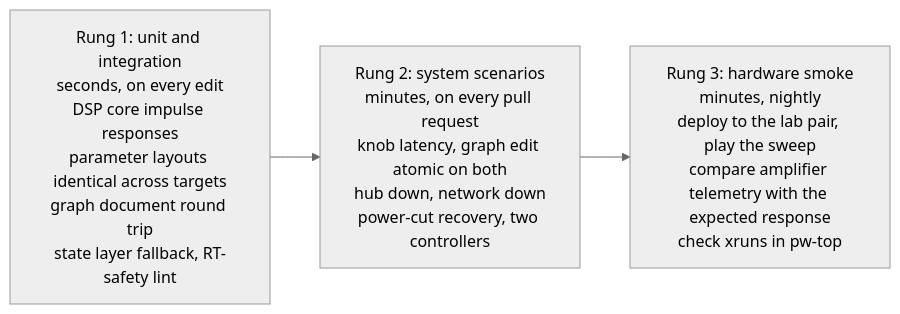
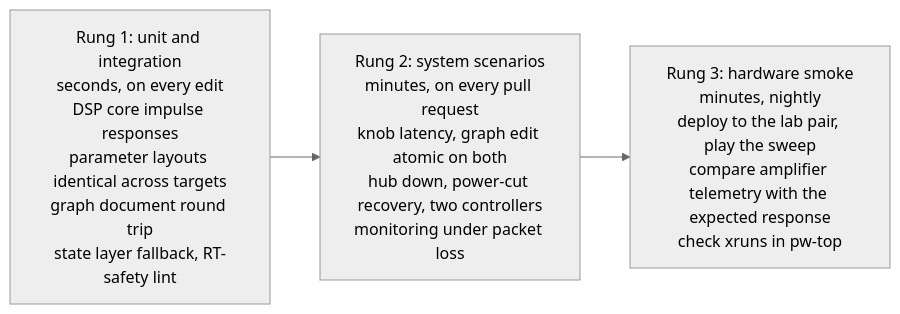
Before and after one commit to AMuszkat/bpi_amp_platform: the fifth of 6 diagrams in docs/autonomous-development.md, drawn with Mermaid (neutral theme). The commit also changed other lines of this file and 1 other file, not shown here.

First line of the commit message:
Add monitoring from the speakers to the controller

````diff
--- a/docs/autonomous-development.md
+++ b/docs/autonomous-development.md
@@ -158,7 +164,7 @@
 ```mermaid
 flowchart LR
     unit["Rung 1: unit and integration<br/>seconds, on every edit<br/>DSP core impulse responses<br/>parameter layouts identical across targets<br/>graph document round trip<br/>state layer fallback, RT-safety lint"]
-    sys["Rung 2: system scenarios<br/>minutes, on every pull request<br/>knob latency, graph edit atomic on both<br/>hub down, network down<br/>power-cut recovery, two controllers"]
+    sys["Rung 2: system scenarios<br/>minutes, on every pull request<br/>knob latency, graph edit atomic on both<br/>hub down, power-cut recovery, two controllers<br/>monitoring under packet loss"]
     hw["Rung 3: hardware smoke<br/>minutes, nightly<br/>deploy to the lab pair, play the sweep<br/>compare amplifier telemetry with the expected response<br/>check xruns in pw-top"]
     unit --> sys --> hw
 ```
````
